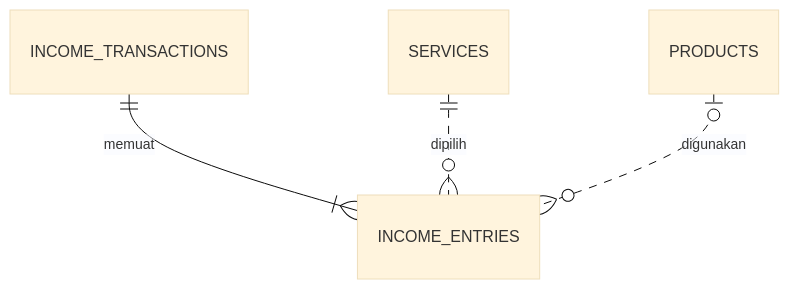
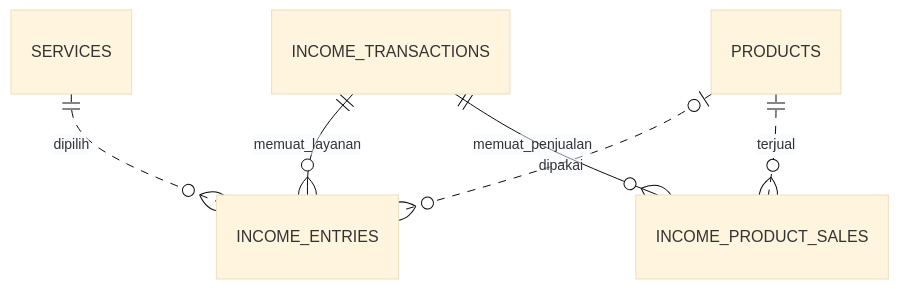
One commit to MfuatH/SISTEM-MANAJEMEN-OPERASIONAL-BARBERSHOP changed the second of 2 diagrams in docs/pengerjaan-sistem/Desain-Database-MySQL-Barbershop.md. Above: the diagram before and after it, drawn with Mermaid (base theme). The commit also changed other lines of this file and 3 other files, not shown here.

````diff
--- a/docs/pengerjaan-sistem/Desain-Database-MySQL-Barbershop.md
+++ b/docs/pengerjaan-sistem/Desain-Database-MySQL-Barbershop.md
@@ -296,6 +293,8 @@
 ```mermaid
 erDiagram
-    INCOME_TRANSACTIONS ||--|{ INCOME_ENTRIES : memuat
+    INCOME_TRANSACTIONS ||--o{ INCOME_ENTRIES : memuat_layanan
+    INCOME_TRANSACTIONS ||--o{ INCOME_PRODUCT_SALES : memuat_penjualan
     SERVICES ||..o{ INCOME_ENTRIES : dipilih
-    PRODUCTS |o..o{ INCOME_ENTRIES : digunakan
+    PRODUCTS |o..o{ INCOME_ENTRIES : dipakai
+    PRODUCTS ||..o{ INCOME_PRODUCT_SALES : terjual
 ```
````
